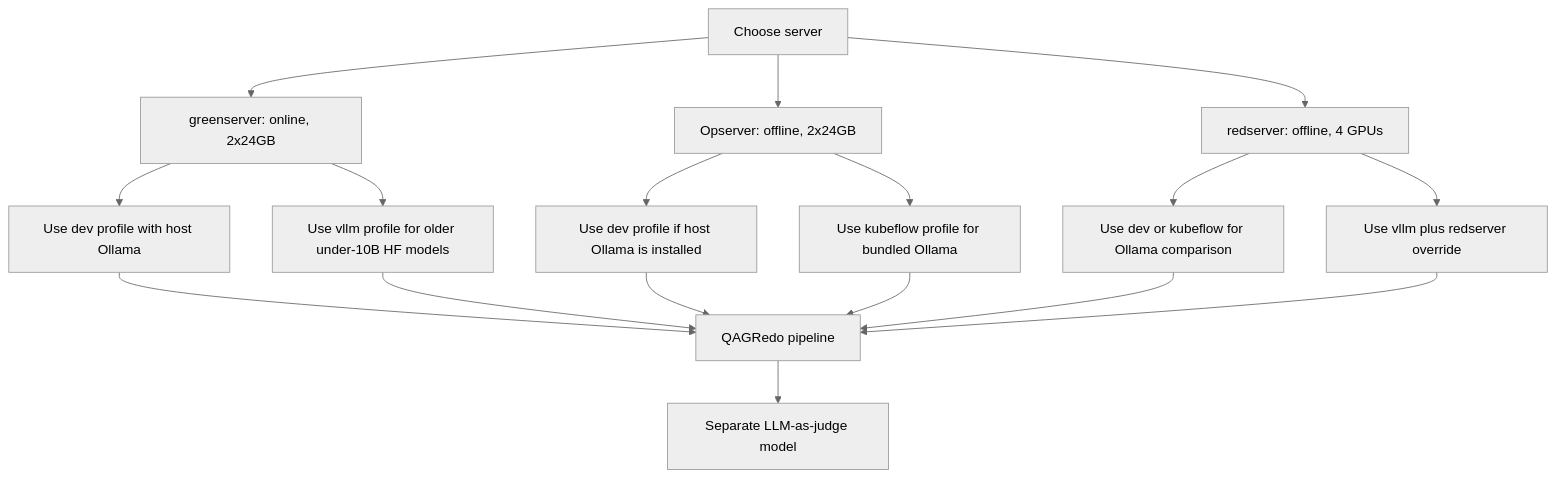
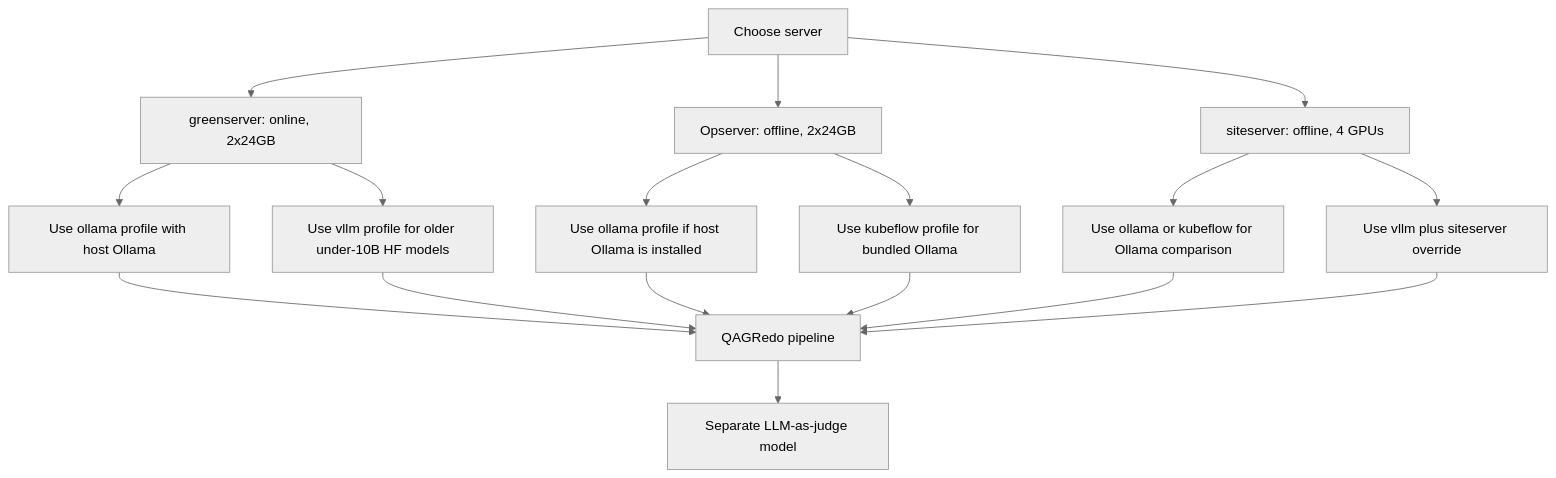
Before and after one commit to tohyewhong/qagredo-local: the first of 2 diagrams in docs/SERVER_MODEL_PROFILES.md, drawn with Mermaid (neutral theme). The commit also changed other lines of this file and 58 other files, not shown here.

First line of the commit message:
Back up workspace: vLLM siteserver guide, ollama profile, pipeline features.

````diff
--- a/docs/SERVER_MODEL_PROFILES.md
+++ b/docs/SERVER_MODEL_PROFILES.md
@@ -10,21 +10,21 @@
 ```mermaid
 flowchart TD
   server["Choose server"] --> greenserver["greenserver: online, 2x24GB"]
   server --> opserver["Opserver: offline, 2x24GB"]
-  server --> redserver["redserver: offline, 4 GPUs"]
+  server --> siteserver["siteserver: offline, 4 GPUs"]
 
-  greenserver --> greenOllama["Use dev profile with host Ollama"]
+  greenserver --> greenOllama["Use ollama profile with host Ollama"]
   greenserver --> greenVllm["Use vllm profile for older under-10B HF models"]
-  opserver --> opDev["Use dev profile if host Ollama is installed"]
+  opserver --> opDev["Use ollama profile if host Ollama is installed"]
   opserver --> opKubeflow["Use kubeflow profile for bundled Ollama"]
-  redserver --> redOllama["Use dev or kubeflow for Ollama comparison"]
-  redserver --> redVllm["Use vllm plus redserver override"]
+  siteserver --> redOllama["Use ollama or kubeflow for Ollama comparison"]
+  siteserver --> redVllm["Use vllm plus siteserver override"]
 
   greenOllama --> run["QAGRedo pipeline"]
   greenVllm --> run
   opDev --> run
   opKubeflow --> run
   redOllama --> run
   redVllm --> run
   run --> judge["Separate LLM-as-judge model"]
 ```
````
